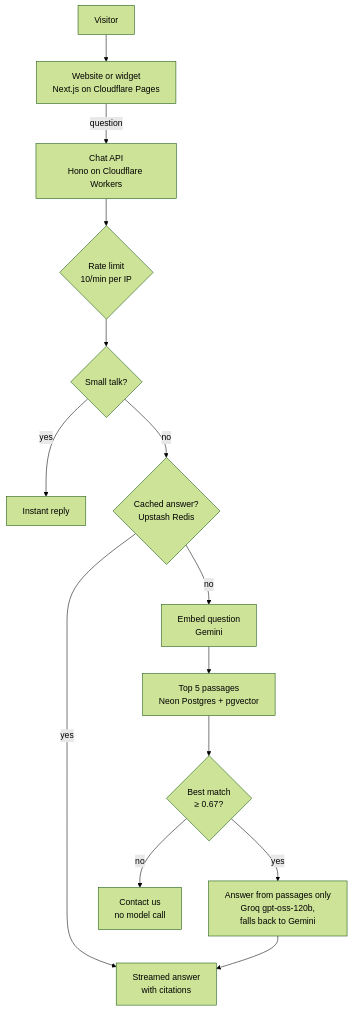
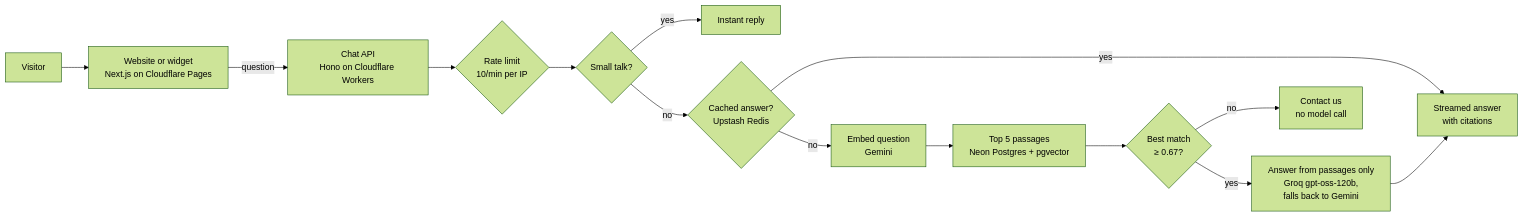
Before and after one commit to AhsanKhan47/storeassist-ai: the diagram in README.md, drawn with Mermaid (forest theme). The commit also changed other lines of this file, not shown here.

````diff
--- a/README.md
+++ b/README.md
@@ -78,16 +78,16 @@
 ```mermaid
-flowchart TD
+flowchart LR
   V[Visitor] --> W["Website or widget<br/>Next.js on Cloudflare Pages"]
   W -- question --> A["Chat API<br/>Hono on Cloudflare Workers"]
   A --> RL{"Rate limit<br/>10/min per IP"}
   RL --> ST{"Small talk?"}
   ST -- yes --> R["Instant reply"]
   ST -- no --> C{"Cached answer?<br/>Upstash Redis"}
   C -- yes --> S["Streamed answer<br/>with citations"]
   C -- no --> E["Embed question<br/>Gemini"]
   E --> Q["Top 5 passages<br/>Neon Postgres + pgvector"]
   Q --> CUT{"Best match<br/>≥ 0.67?"}
   CUT -- no --> F["Contact us<br/>no model call"]
   CUT -- yes --> L["Answer from passages only<br/>Groq gpt-oss-120b,<br/>falls back to Gemini"]
   L --> S
 ```
````
